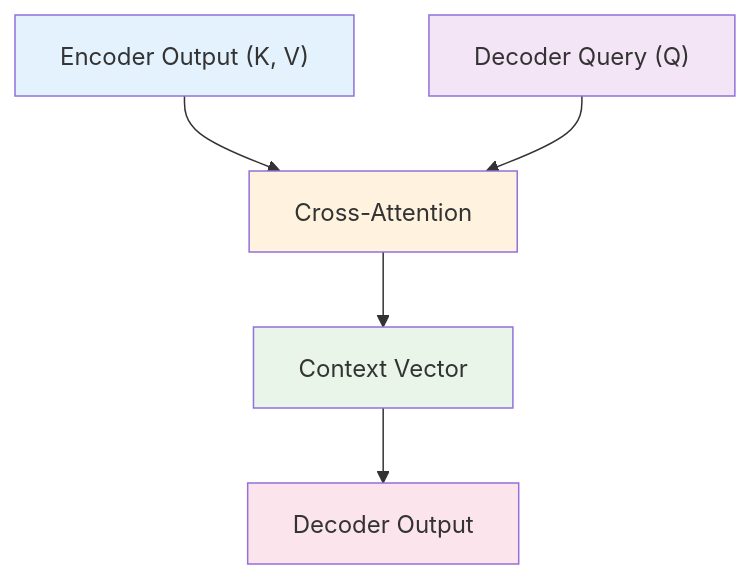
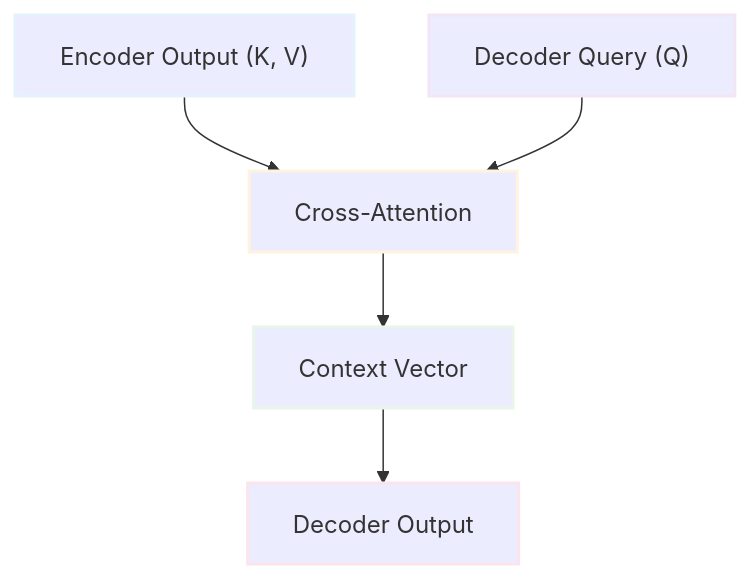
The second of 2 diagrams in 스터디/IS_06_attention_mechanisms.md (c0z0c/sprint_mission), drawn with Mermaid before and after one commit. The commit also changed other lines of this file and 14 other files, not shown here.

````diff
--- a/스터디/IS_06_attention_mechanisms.md
+++ b/스터디/IS_06_attention_mechanisms.md
@@ -479,13 +479,13 @@
 ```mermaid
 graph TB
     A["Encoder Output (K, V)"] --> B["Cross-Attention"]
     C["Decoder Query (Q)"] --> B
     B --> D["Context Vector"]
     D --> E["Decoder Output"]
     
-    style A fill:#e3f2fd
-    style C fill:#f3e5f5
-    style B fill:#fff3e0
-    style D fill:#e8f5e8
-    style E fill:#fce4ec
+    style A stroke-width:2px,stroke:#e3f2fd
+    style C stroke-width:2px,stroke:#f3e5f5
+    style B stroke-width:2px,stroke:#fff3e0
+    style D stroke-width:2px,stroke:#e8f5e8
+    style E stroke-width:2px,stroke:#fce4ec
 ```
````
